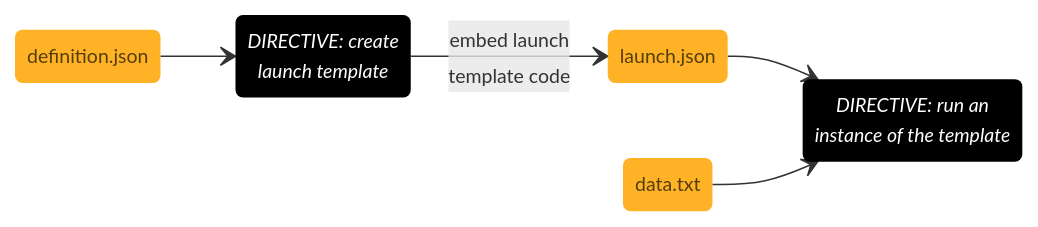
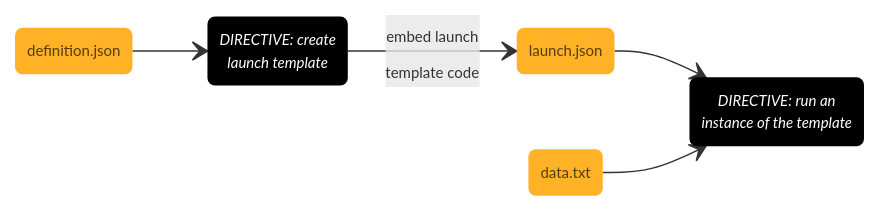
The diagram in src/instances/0002/README.md (membranes/iac), drawn with Mermaid before and after one commit.

````diff
--- a/src/instances/0002/README.md
+++ b/src/instances/0002/README.md
@@ -7,18 +7,18 @@
 ```mermaid
 stateDiagram-v2
     direction LR
     
     id01: definition.json
     id02: DIRECTIVE#58; create<br>launch template
     id03: launch.json
     id04: data.txt
     id05: DIRECTIVE#58; run an<br>instance of the template
     
     id01:::feeds --> id02
-    id02:::steps --> id03 : <span style='font-size#58;small'>embed launch<br>template code</span>
+    id02:::steps --> id03 : <span style='font-size#58;x-small'>embed launch<br>template code</span>
     id03:::feeds --> id05:::steps
     id04:::feeds --> id05
 
-    classDef feeds fill:orange,stroke-width:0,font-size:small,opacity:0.85;
-    classDef steps fill:#000000,color:white,font-style:italic,stroke-width:0,font-size:small,opacity:1;
+    classDef feeds fill:orange,stroke-width:0,font-size:x-small,opacity:0.85;
+    classDef steps fill:#000000,color:white,font-style:italic,stroke-width:0,font-size:x-small,opacity:1;
 ```
````
